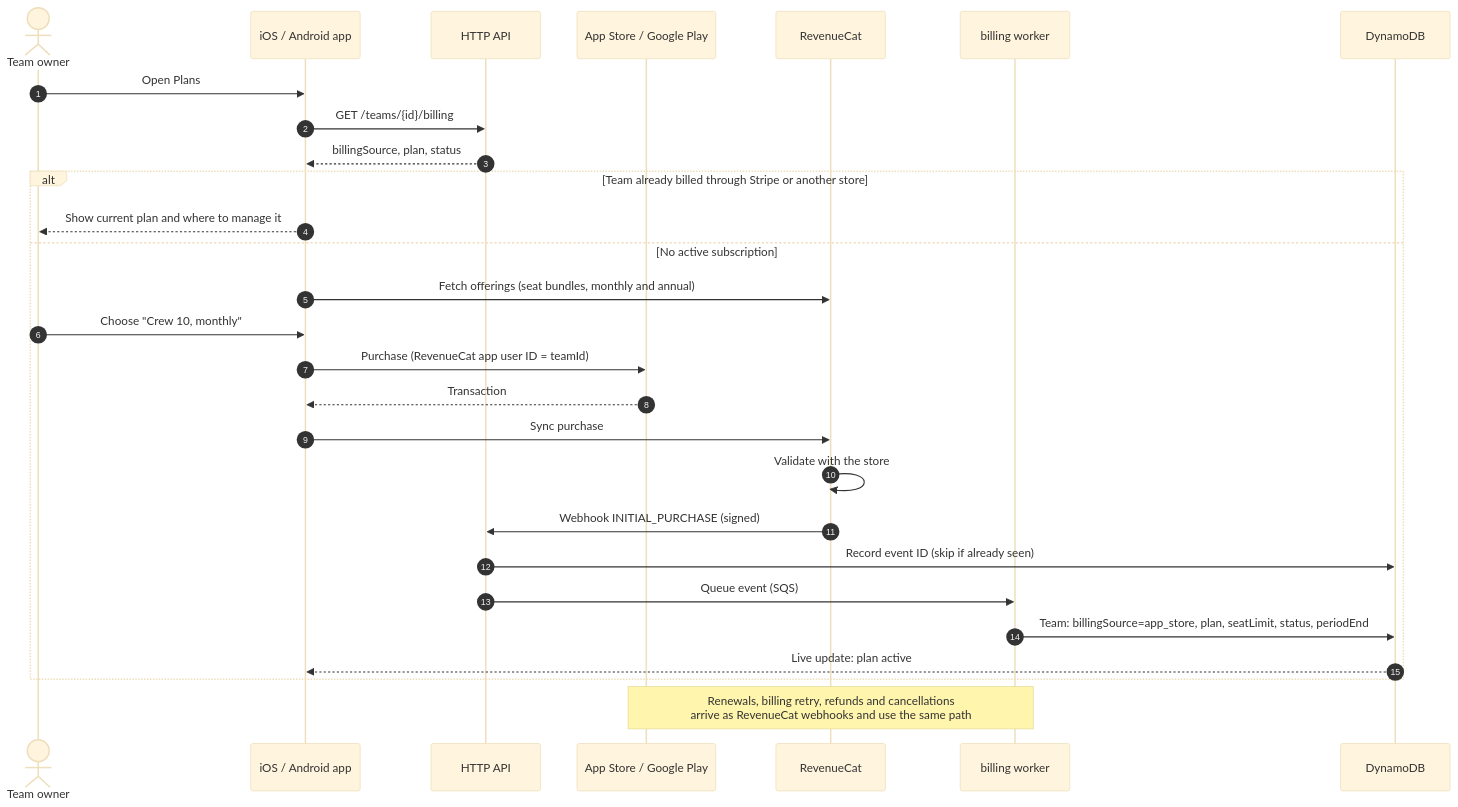
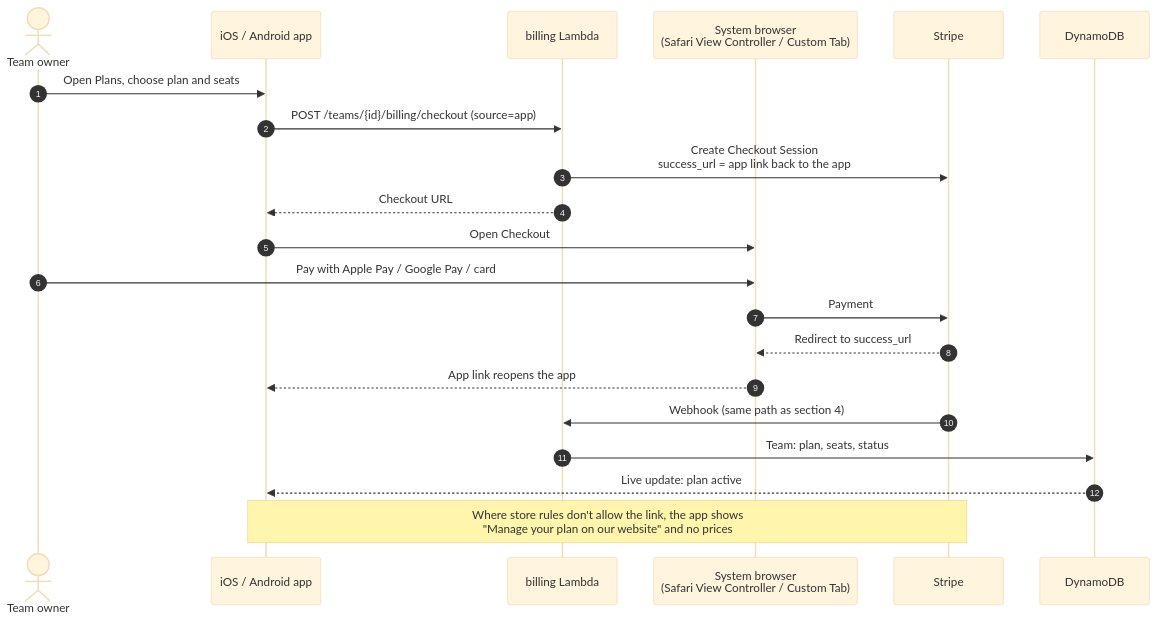
The fifth of 8 diagrams in docs/architecture/README.md (davetashner/supply-checkout), drawn with Mermaid (base theme) before and after one commit. The commit also changed other lines of this file and 7 other files, not shown here.

````diff
--- a/docs/architecture/README.md
+++ b/docs/architecture/README.md
@@ -177,31 +173,24 @@
 ```mermaid
 sequenceDiagram
   autonumber
   actor O as Team owner
   participant App as iOS / Android app
-  participant API as HTTP API
-  participant Store as App Store / Google Play
-  participant RC as RevenueCat
-  participant W as billing worker
+  participant API as billing Lambda
+  participant Br as System browser<br/>(Safari View Controller / Custom Tab)
+  participant S as Stripe
   participant DB as DynamoDB
 
-  O->>App: Open Plans
-  App->>API: GET /teams/{id}/billing
-  API-->>App: billingSource, plan, status
-  alt Team already billed through Stripe or another store
-    App-->>O: Show current plan and where to manage it
-  else No active subscription
-    App->>RC: Fetch offerings (seat bundles, monthly and annual)
-    O->>App: Choose "Crew 10, monthly"
-    App->>Store: Purchase (RevenueCat app user ID = teamId)
-    Store-->>App: Transaction
-    App->>RC: Sync purchase
-    RC->>RC: Validate with the store
-    RC->>API: Webhook INITIAL_PURCHASE (signed)
-    API->>DB: Record event ID (skip if already seen)
-    API->>W: Queue event (SQS)
-    W->>DB: Team: billingSource=app_store, plan, seatLimit, status, periodEnd
-    DB-->>App: Live update: plan active
-  end
-  Note over Store,W: Renewals, billing retry, refunds and cancellations<br/>arrive as RevenueCat webhooks and use the same path
+  O->>App: Open Plans, choose plan and seats
+  App->>API: POST /teams/{id}/billing/checkout (source=app)
+  API->>S: Create Checkout Session<br/>success_url = app link back to the app
+  API-->>App: Checkout URL
+  App->>Br: Open Checkout
+  O->>Br: Pay with Apple Pay / Google Pay / card
+  Br->>S: Payment
+  S-->>Br: Redirect to success_url
+  Br-->>App: App link reopens the app
+  S->>API: Webhook (same path as section 4)
+  API->>DB: Team: plan, seats, status
+  DB-->>App: Live update: plan active
+  Note over App,S: Where store rules don't allow the link, the app shows<br/>"Manage your plan on our website" and no prices
 ```
````
